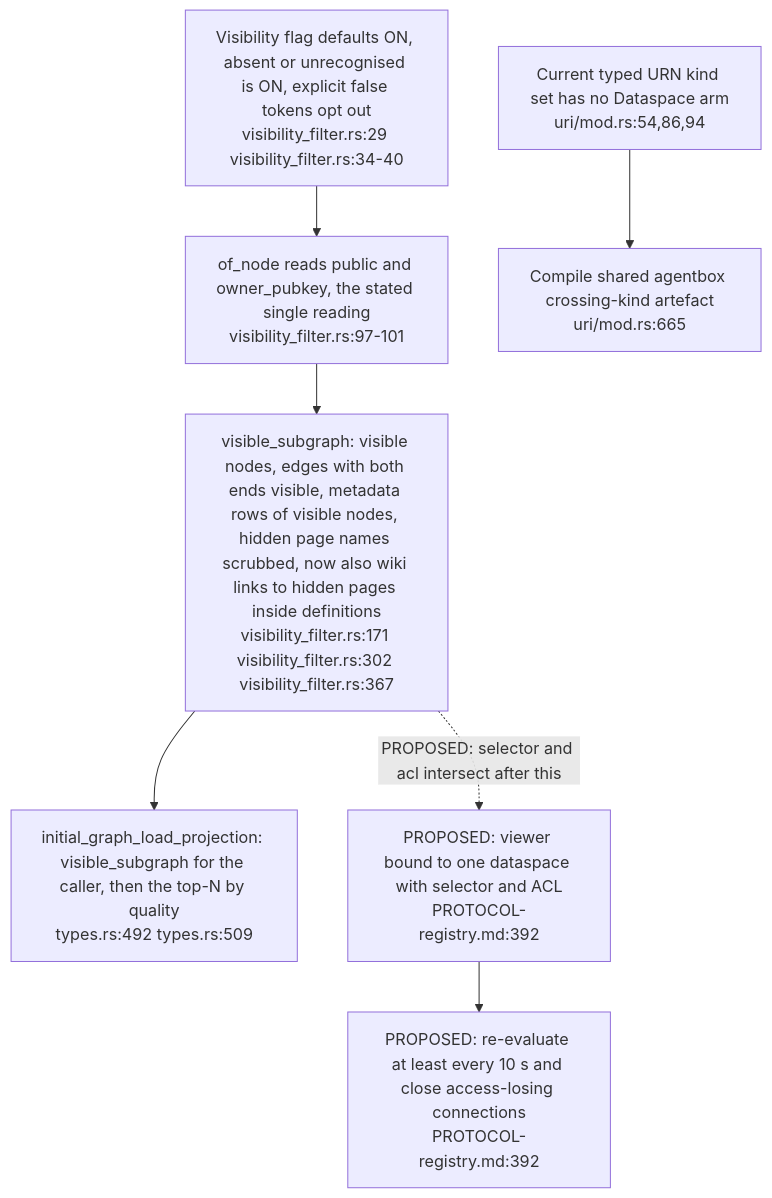
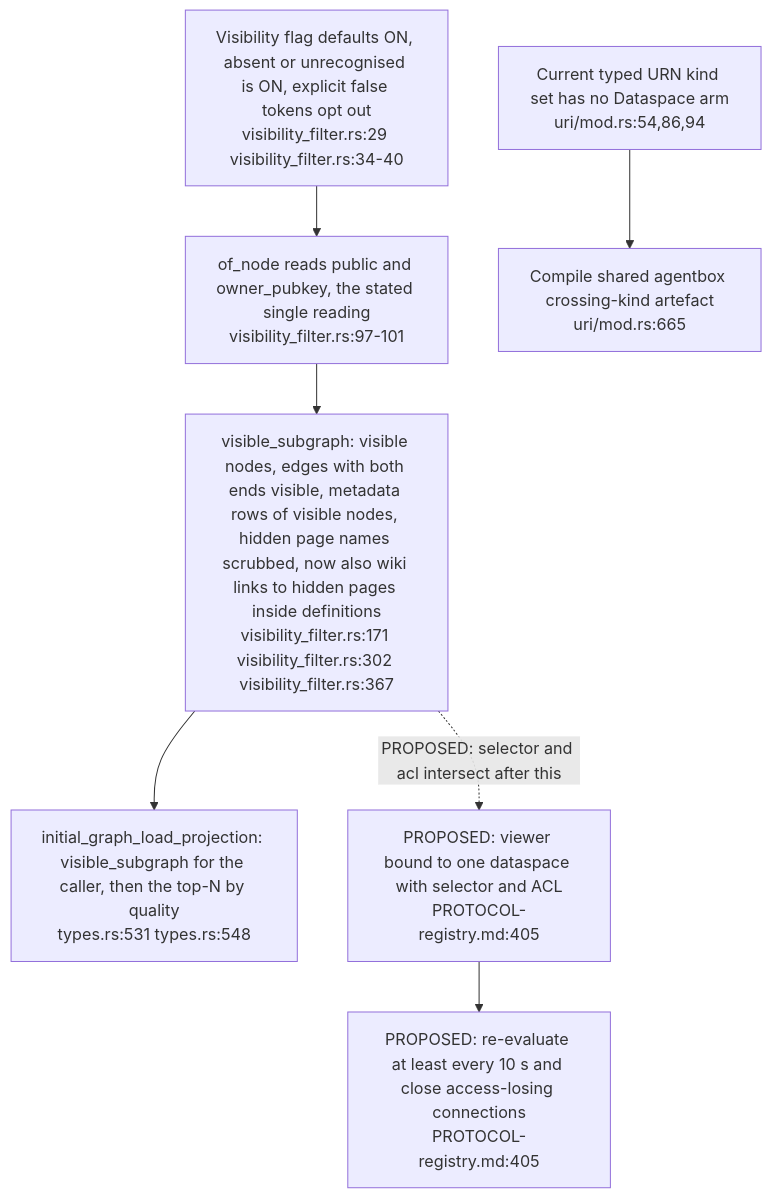
The second of 3 diagrams in docs/diagrams/visionclaw/48-dataspace-federation-prerequisites.md (DreamLab-AI/VisionFlow), drawn with Mermaid before and after one commit. The commit also changed other lines of this file and 7 other files, not shown here.

First line of the commit message:
diagrams(visionclaw): re-verify VC-43..VC-50 at visionclaw 4900ec6

````diff
--- a/docs/diagrams/visionclaw/48-dataspace-federation-prerequisites.md
+++ b/docs/diagrams/visionclaw/48-dataspace-federation-prerequisites.md
@@ -49,9 +49,9 @@
 ```mermaid
 flowchart TD
     FLAG["Visibility flag defaults ON, absent or unrecognised is ON, explicit false tokens opt out<br/>visibility_filter.rs:29 visibility_filter.rs:34-40"] --> OF["of_node reads public and owner_pubkey, the stated single reading<br/>visibility_filter.rs:97-101"]
     OF --> SUB["visible_subgraph: visible nodes, edges with both ends visible, metadata rows of visible nodes, hidden page names scrubbed, now also wiki links to hidden pages inside definitions<br/>visibility_filter.rs:171 visibility_filter.rs:302 visibility_filter.rs:367"]
-    SUB --> WSS["initial_graph_load_projection: visible_subgraph for the caller, then the top-N by quality<br/>types.rs:492 types.rs:509"]
+    SUB --> WSS["initial_graph_load_projection: visible_subgraph for the caller, then the top-N by quality<br/>types.rs:531 types.rs:548"]
     KINDS["Current typed URN kind set has no Dataspace arm<br/>uri/mod.rs:54,86,94"] --> SHARED["Compile shared agentbox crossing-kind artefact<br/>uri/mod.rs:665"]
-    SPEC["PROPOSED: viewer bound to one dataspace with selector and ACL<br/>PROTOCOL-registry.md:392"] --> RECHECK["PROPOSED: re-evaluate at least every 10 s and close access-losing connections<br/>PROTOCOL-registry.md:392"]
+    SPEC["PROPOSED: viewer bound to one dataspace with selector and ACL<br/>PROTOCOL-registry.md:405"] --> RECHECK["PROPOSED: re-evaluate at least every 10 s and close access-losing connections<br/>PROTOCOL-registry.md:405"]
     SUB -.->|"PROPOSED: selector and acl intersect after this"| SPEC
 ```
````
